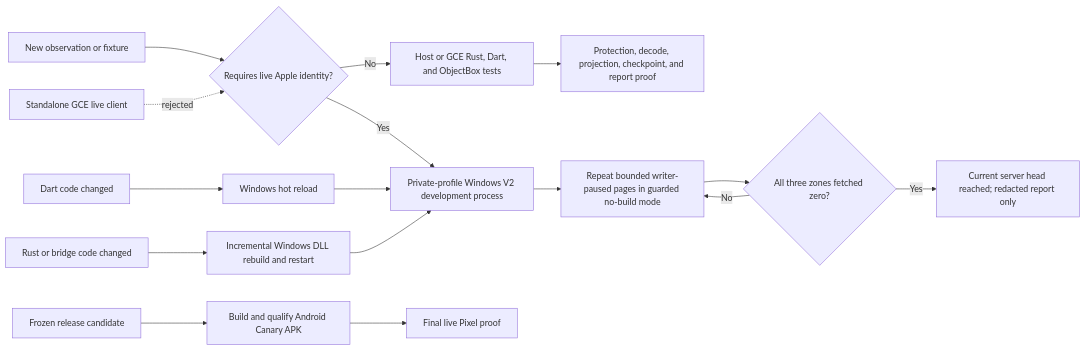
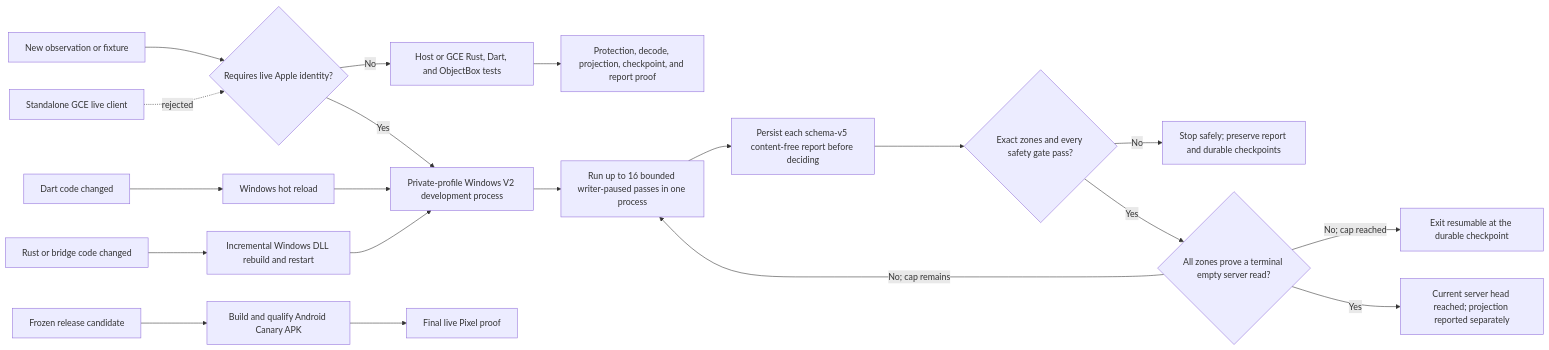
The third of 3 diagrams in docs/CLOUD_SYNC_V2_CONNECTION_TREEMAP.md (Xare123/openbubbles-app), drawn with Mermaid before and after one commit. The commit also changed other lines of this file and 13 other files, not shown here.

Commit message:
Prove and drain CloudKit catch-up safely

````diff
--- a/docs/CLOUD_SYNC_V2_CONNECTION_TREEMAP.md
+++ b/docs/CLOUD_SYNC_V2_CONNECTION_TREEMAP.md
@@ -125,18 +125,22 @@
 ```mermaid
 flowchart LR
   I[New observation or fixture] --> K{Requires live Apple identity?}
   K -- No --> H[Host or GCE Rust, Dart, and ObjectBox tests]
   H --> R[Protection, decode, projection, checkpoint, and report proof]
   K -- Yes --> W[Private-profile Windows V2 development process]
-  W --> P[Repeat bounded writer-paused pages in guarded no-build mode]
-  P --> E{All three zones fetched zero?}
-  E -- No --> P
-  E -- Yes --> Z[Current server head reached; redacted report only]
+  W --> P[Run up to 16 bounded writer-paused passes in one process]
+  P --> R1[Persist each schema-v5 content-free report before deciding]
+  R1 --> S1{Exact zones and every safety gate pass?}
+  S1 -- No --> S2[Stop safely; preserve report and durable checkpoints]
+  S1 -- Yes --> E{All zones prove a terminal empty server read?}
+  E -- No; cap remains --> P
+  E -- No; cap reached --> S3[Exit resumable at the durable checkpoint]
+  E -- Yes --> Z[Current server head reached; projection reported separately]
   N[Dart code changed] --> D[Windows hot reload]
   D --> W
   V[Rust or bridge code changed] --> B[Incremental Windows DLL rebuild and restart]
   B --> W
   Q[Frozen release candidate] --> C[Build and qualify Android Canary APK]
   C --> L[Final live Pixel proof]
   X[Standalone GCE live client] -. rejected .-> K
 ```
````
